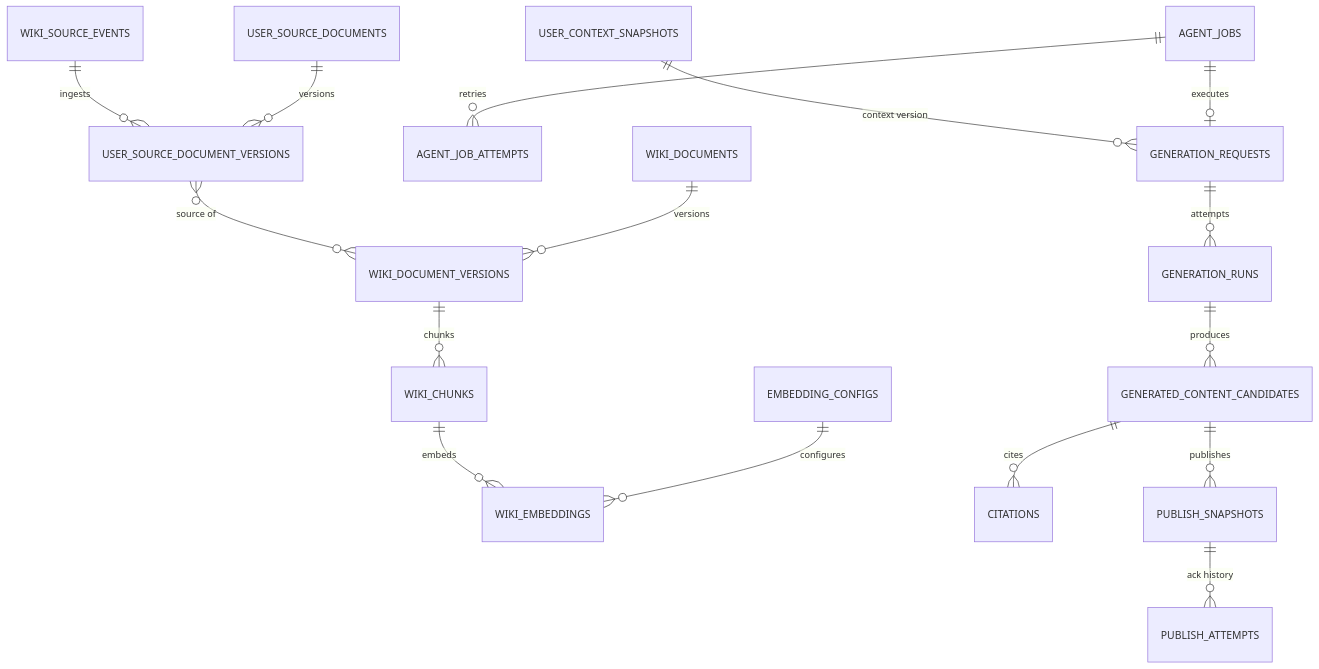
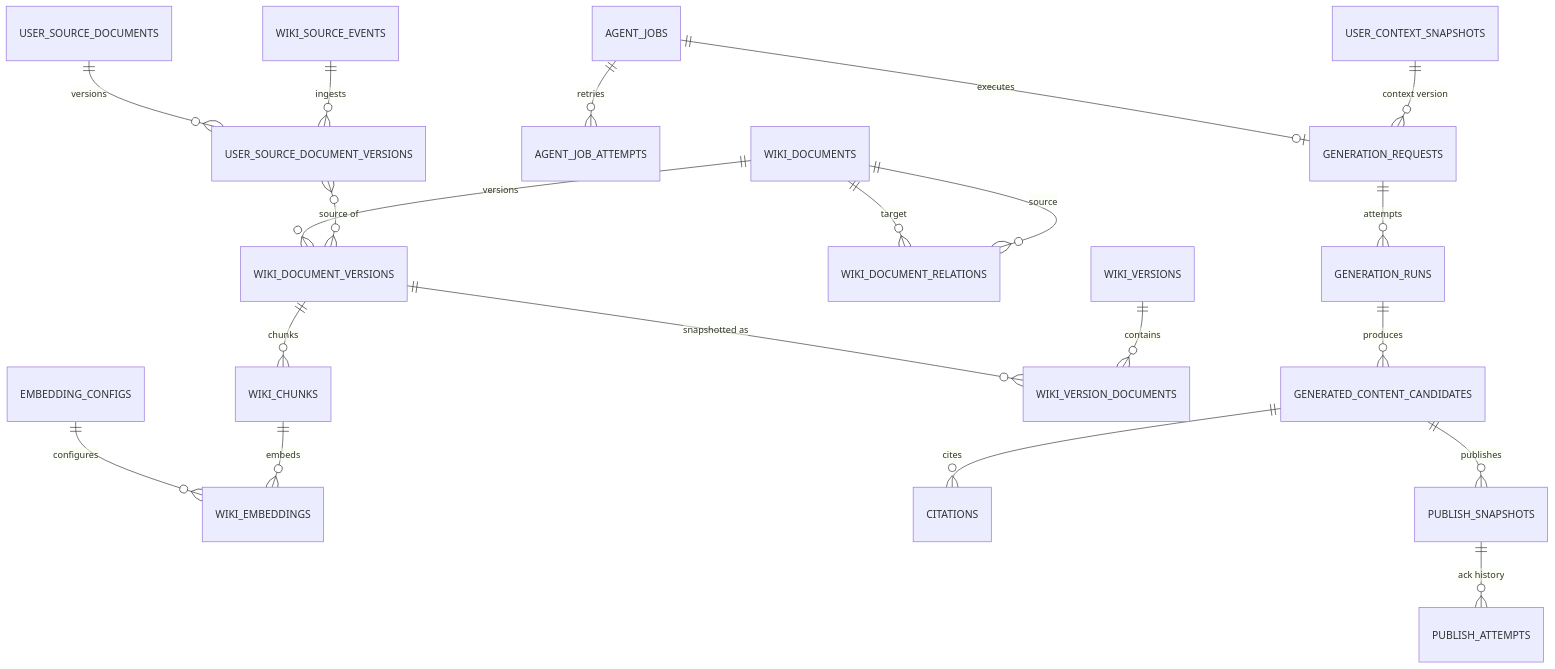
The second of 3 diagrams in docs/agent-db-design.md (hk-toss-final-project/bambi-agent-api), drawn with Mermaid before and after one commit. The commit also changed other lines of this file and 10 other files, not shown here.

````diff
--- a/docs/agent-db-design.md
+++ b/docs/agent-db-design.md
@@ -60,18 +60,22 @@
 ```mermaid
 erDiagram
     USER_CONTEXT_SNAPSHOTS ||--o{ GENERATION_REQUESTS : "context version"
     AGENT_JOBS ||--o| GENERATION_REQUESTS : "executes"
     AGENT_JOBS ||--o{ AGENT_JOB_ATTEMPTS : "retries"
     WIKI_SOURCE_EVENTS ||--o{ USER_SOURCE_DOCUMENT_VERSIONS : "ingests"
     USER_SOURCE_DOCUMENTS ||--o{ USER_SOURCE_DOCUMENT_VERSIONS : "versions"
     USER_SOURCE_DOCUMENT_VERSIONS }o--o{ WIKI_DOCUMENT_VERSIONS : "source of"
     WIKI_DOCUMENTS ||--o{ WIKI_DOCUMENT_VERSIONS : "versions"
+    WIKI_DOCUMENTS ||--o{ WIKI_DOCUMENT_RELATIONS : "source"
+    WIKI_DOCUMENTS ||--o{ WIKI_DOCUMENT_RELATIONS : "target"
     WIKI_DOCUMENT_VERSIONS ||--o{ WIKI_CHUNKS : "chunks"
     WIKI_CHUNKS ||--o{ WIKI_EMBEDDINGS : "embeds"
     EMBEDDING_CONFIGS ||--o{ WIKI_EMBEDDINGS : "configures"
+    WIKI_VERSIONS ||--o{ WIKI_VERSION_DOCUMENTS : "contains"
+    WIKI_DOCUMENT_VERSIONS ||--o{ WIKI_VERSION_DOCUMENTS : "snapshotted as"
     GENERATION_REQUESTS ||--o{ GENERATION_RUNS : "attempts"
     GENERATION_RUNS ||--o{ GENERATED_CONTENT_CANDIDATES : "produces"
     GENERATED_CONTENT_CANDIDATES ||--o{ CITATIONS : "cites"
     GENERATED_CONTENT_CANDIDATES ||--o{ PUBLISH_SNAPSHOTS : "publishes"
     PUBLISH_SNAPSHOTS ||--o{ PUBLISH_ATTEMPTS : "ack history"
 ```
````
